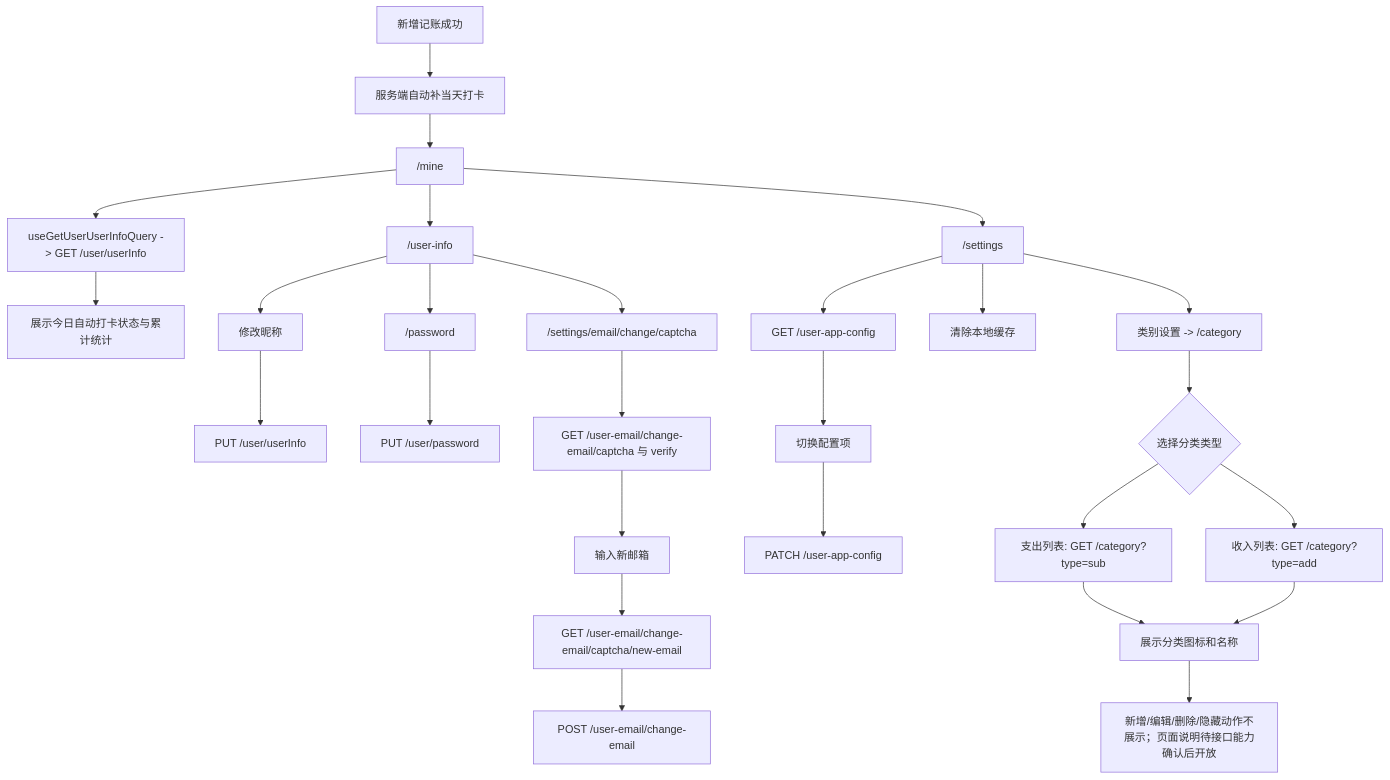
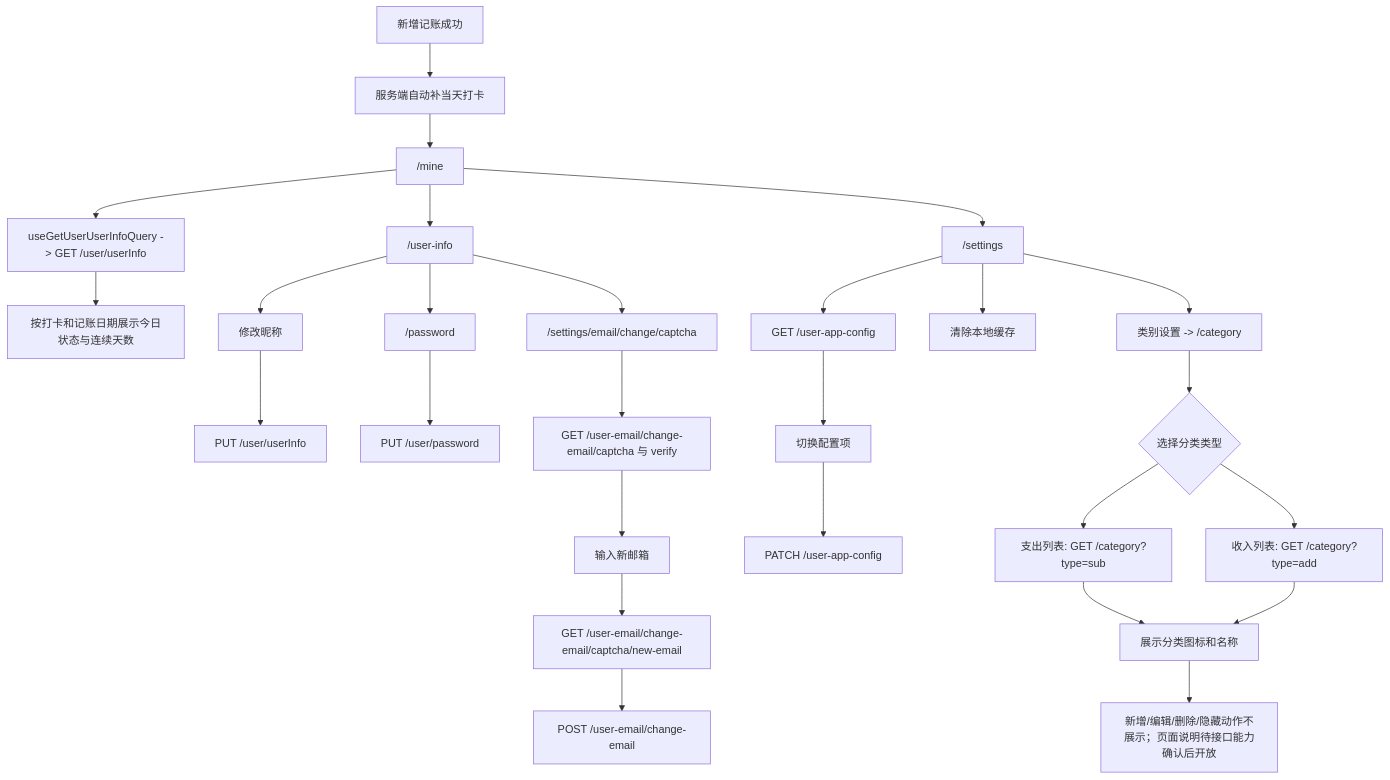
Diagram 12 of 12 in docs/flowcharts/feature-flows.md (whale-wave/ww-bill-client), drawn with Mermaid before and after one commit. The commit also changed 79 other files, not shown here.

Commit message:
feat: support unified chart dashboard, device reporting, and category deletion

````diff
--- a/docs/flowcharts/feature-flows.md
+++ b/docs/flowcharts/feature-flows.md
@@ -330,31 +330,31 @@
 ```mermaid
 flowchart TD
   Mine["/mine"] --> UserInfoApi["useGetUserUserInfoQuery -> GET /user/userInfo"]
   Bookkeeping["新增记账成功"] --> AutoCheckIn["服务端自动补当天打卡"]
   AutoCheckIn --> Mine
-  UserInfoApi --> CheckInStatus["展示今日自动打卡状态与累计统计"]
+  UserInfoApi --> CheckInStatus["按打卡和记账日期展示今日状态与连续天数"]
   Mine --> UserInfo["/user-info"]
   UserInfo --> EditName["修改昵称"]
   EditName --> PutUser["PUT /user/userInfo"]
   UserInfo --> Password["/password"]
   Password --> ChangePassword["PUT /user/password"]
   UserInfo --> EmailChange["/settings/email/change/captcha"]
 
   Mine --> Settings["/settings"]
   Settings --> QueryConfig["GET /user-app-config"]
   QueryConfig --> ToggleConfig["切换配置项"]
   ToggleConfig --> PatchConfig["PATCH /user-app-config"]
   Settings --> ClearCache["清除本地缓存"]
   Settings --> CategorySettings["类别设置 -> /category"]
   CategorySettings --> CategoryType{"选择分类类型"}
   CategoryType --> SubCategory["支出列表: GET /category?type=sub"]
   CategoryType --> AddCategory["收入列表: GET /category?type=add"]
   SubCategory --> CategoryList["展示分类图标和名称"]
   AddCategory --> CategoryList
   CategoryList --> Unsupported["新增/编辑/删除/隐藏动作不展示；页面说明待接口能力确认后开放"]
 
   EmailChange --> VerifyOld["GET /user-email/change-email/captcha 与 verify"]
   VerifyOld --> InputNew["输入新邮箱"]
   InputNew --> SendNew["GET /user-email/change-email/captcha/new-email"]
   SendNew --> SubmitNew["POST /user-email/change-email"]
 ```
````
